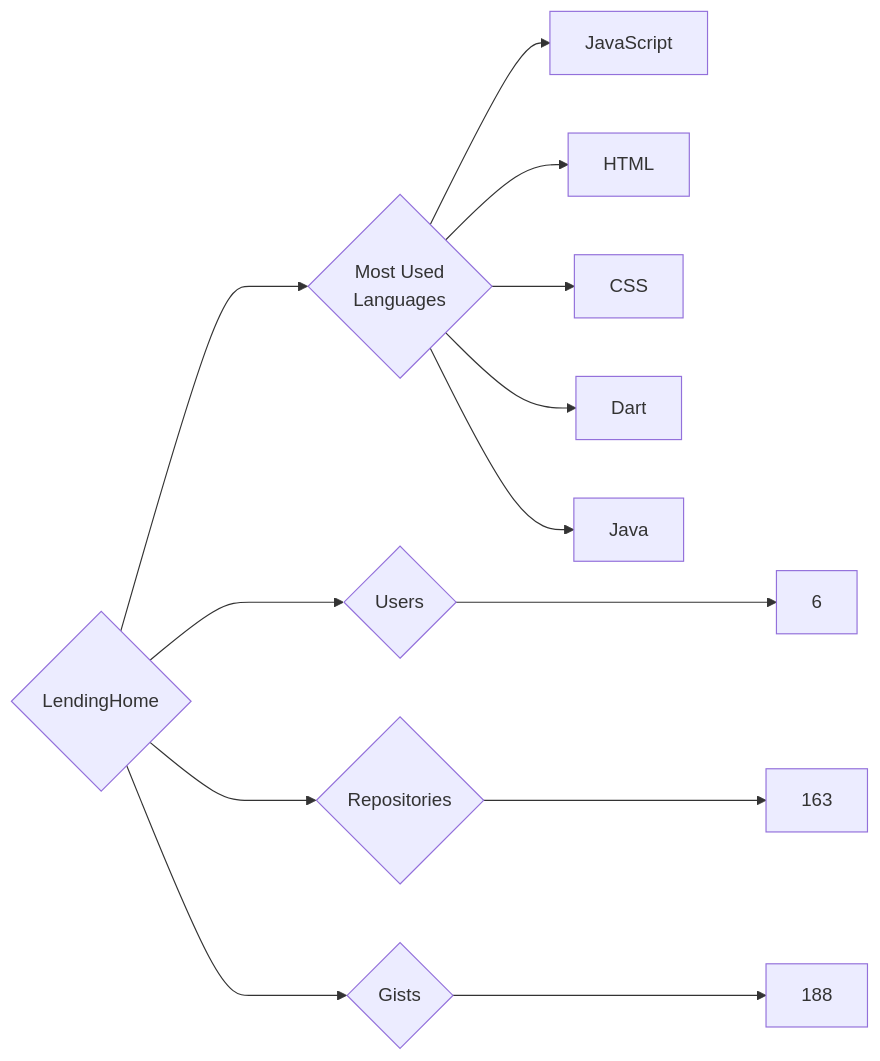
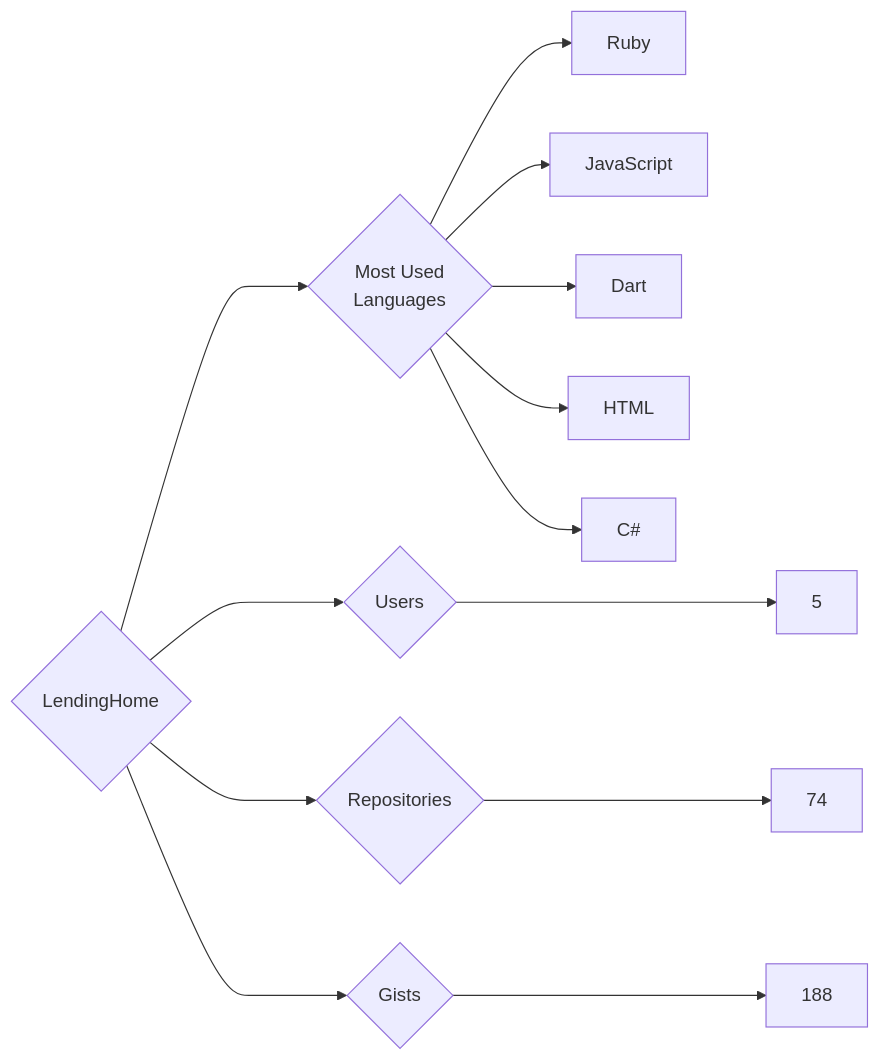
One commit to trickest/insiders changed the diagram in targets/LendingHome/README.md. Above: the diagram before and after it, drawn with Mermaid. The commit also changed 720 other files, not shown here.

````diff
--- a/targets/LendingHome/README.md
+++ b/targets/LendingHome/README.md
@@ -3,13 +3,13 @@
 ```mermaid
 graph LR
 COMPANY_NAME{LendingHome}
-COMPANY_NAME ---> U{Users} ---> UN[6]
-COMPANY_NAME ---> R{Repositories} ---> RN[163]
+COMPANY_NAME ---> U{Users} ---> UN[5]
+COMPANY_NAME ---> R{Repositories} ---> RN[74]
 COMPANY_NAME ---> G{Gists} ---> GN[188]
 COMPANY_NAME ---> ML{Most Used<br>Languages}
+ML --> Ruby[Ruby]
 ML --> JavaScript[JavaScript]
+ML --> Dart[Dart]
 ML --> HTML[HTML]
-ML --> CSS[CSS]
-ML --> Dart[Dart]
-ML --> Java[Java]
+ML --> C#[C#]
 ```
````
